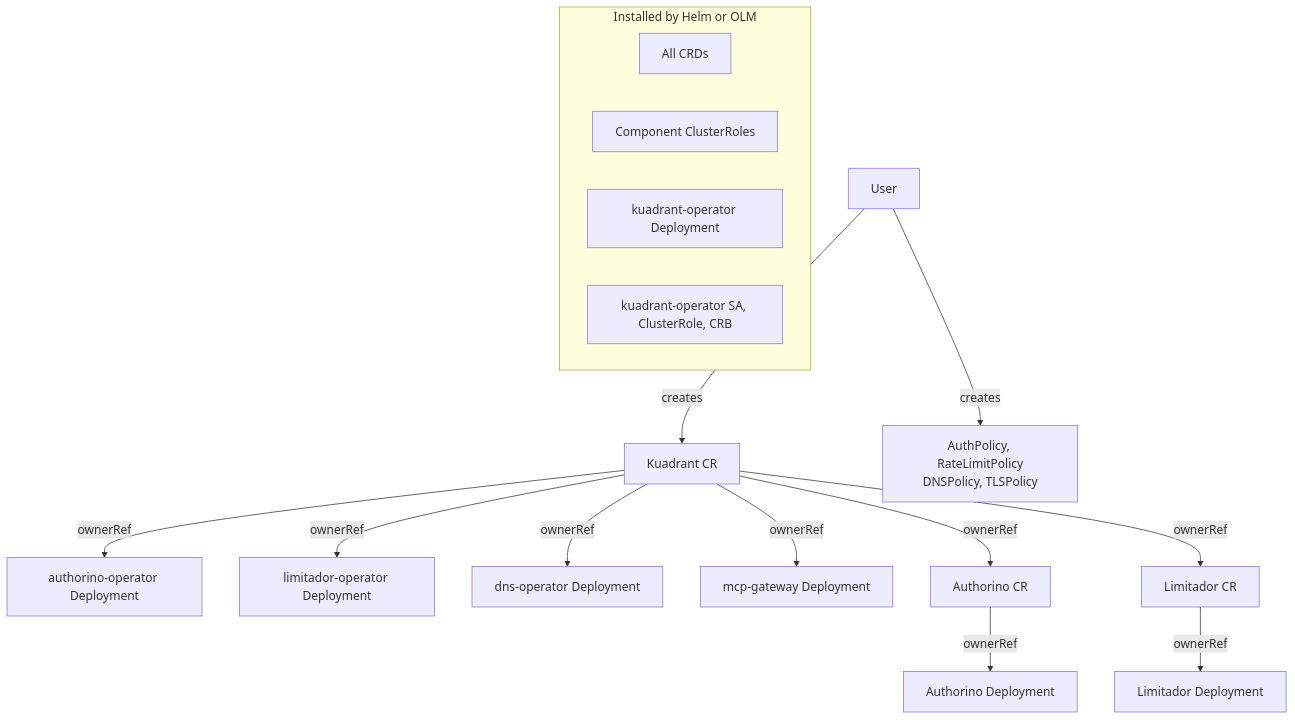
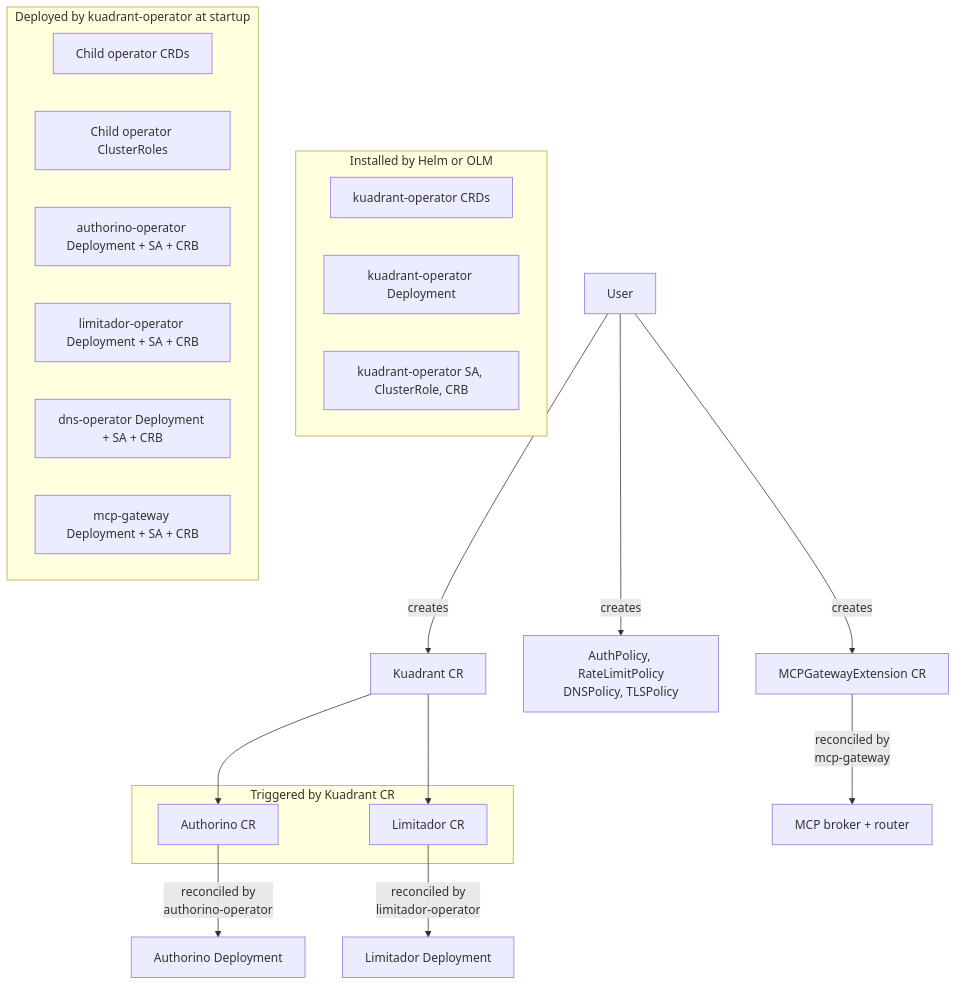
The sixth of 6 diagrams in rfcs/0019-olmv1-operator-consolidation/architecture-diagrams.md (Kuadrant/architecture), drawn with Mermaid before and after one commit. The commit also changed other lines of this file and 1 other file, not shown here.

First line of the commit message:
docs: rewrite RFC for runtime chart rendering approach

````diff
--- a/rfcs/0019-olmv1-operator-consolidation/architecture-diagrams.md
+++ b/rfcs/0019-olmv1-operator-consolidation/architecture-diagrams.md
@@ -179,22 +181,33 @@
 ```mermaid
 graph TB
     USER["User"] -->|"creates"| KCR["Kuadrant CR"]
     USER -->|"creates"| POLICIES["AuthPolicy, RateLimitPolicy<br/>DNSPolicy, TLSPolicy"]
+    USER -->|"creates"| MGCR["MCPGatewayExtension CR"]
 
     subgraph installer["Installed by Helm or OLM"]
-        CRDs["All CRDs"]
-        CR["Component ClusterRoles"]
+        KOP_CRDs["kuadrant-operator CRDs"]
         KOP_DEP["kuadrant-operator Deployment"]
         KOP_RBAC["kuadrant-operator SA, ClusterRole, CRB"]
     end
 
-    KCR -->|"ownerRef"| AUTH_OP["authorino-operator Deployment"]
-    KCR -->|"ownerRef"| LIM_OP["limitador-operator Deployment"]
-    KCR -->|"ownerRef"| DNS_OP["dns-operator Deployment"]
-    KCR -->|"ownerRef"| MCP_OP["mcp-gateway Deployment"]
-    KCR -->|"ownerRef"| AUTH_CR["Authorino CR"]
-    KCR -->|"ownerRef"| LIM_CR["Limitador CR"]
+    subgraph startup["Deployed by kuadrant-operator at startup"]
+        CHILD_CRDs["Child operator CRDs"]
+        CHILD_CR["Child operator ClusterRoles"]
+        AUTH_OP["authorino-operator Deployment + SA + CRB"]
+        LIM_OP["limitador-operator Deployment + SA + CRB"]
+        DNS_OP["dns-operator Deployment + SA + CRB"]
+        MCP_OP["mcp-gateway Deployment + SA + CRB"]
+    end
 
-    AUTH_CR -->|"ownerRef"| AUTH_WL["Authorino Deployment"]
-    LIM_CR -->|"ownerRef"| LIM_WL["Limitador Deployment"]
+    subgraph kuadrant-cr["Triggered by Kuadrant CR"]
+        AUTH_CR["Authorino CR"]
+        LIM_CR["Limitador CR"]
+    end
+
+    KCR --> AUTH_CR
+    KCR --> LIM_CR
+
+    AUTH_CR -->|"reconciled by<br/>authorino-operator"| AUTH_WL["Authorino Deployment"]
+    LIM_CR -->|"reconciled by<br/>limitador-operator"| LIM_WL["Limitador Deployment"]
+    MGCR -->|"reconciled by<br/>mcp-gateway"| MCP_WL["MCP broker + router"]
 ```
````
